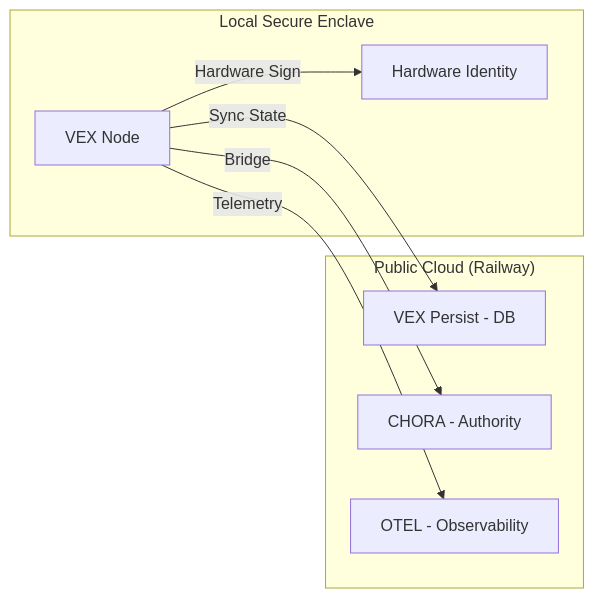
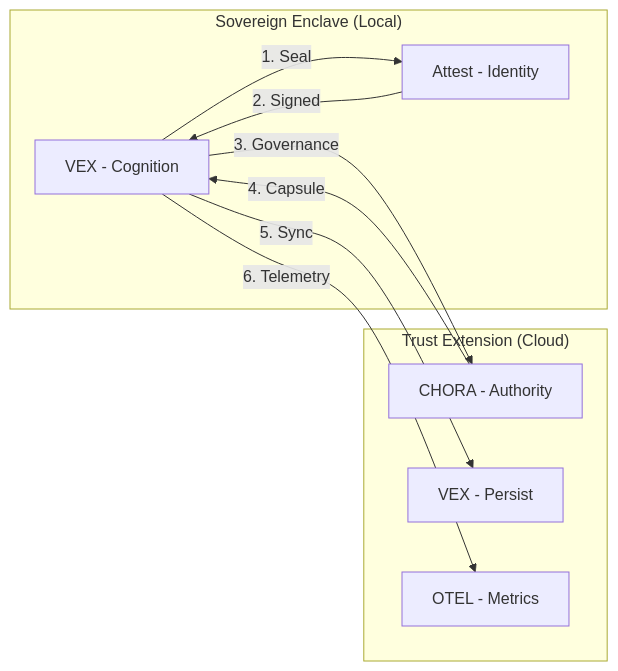
The second of 2 diagrams in README.md (provnai/vex), drawn with Mermaid before and after one commit. The commit also changed other lines of this file, not shown here.

````diff
--- a/README.md
+++ b/README.md
@@ -203,18 +204,20 @@
 ```mermaid
 graph LR
-    subgraph "Local Secure Enclave"
-        V_Local[VEX Node]
-        H_Identity[Hardware Identity]
+    subgraph "Sovereign Enclave (Local)"
+        VL[VEX - Cognition]
+        AI[Attest - Identity]
     end
 
-    subgraph "Public Cloud (Railway)"
-        C_Persist[VEX Persist - DB]
-        C_Chora[CHORA - Authority]
-        C_Obs[OTEL - Observability]
+    subgraph "Trust Extension (Cloud)"
+        VC[CHORA - Authority]
+        VP[VEX - Persist]
+        VO[OTEL - Metrics]
     end
 
-    V_Local -->|Hardware Sign| H_Identity
-    V_Local -->|Sync State| C_Persist
-    V_Local -->|Bridge| C_Chora
-    V_Local -->|Telemetry| C_Obs
+    VL -->|1. Seal| AI
+    AI -->|2. Signed| VL
+    VL -->|3. Governance| VC
+    VC -->|4. Capsule| VL
+    VL -->|5. Sync| VP
+    VL -->|6. Telemetry| VO
 ```
````
